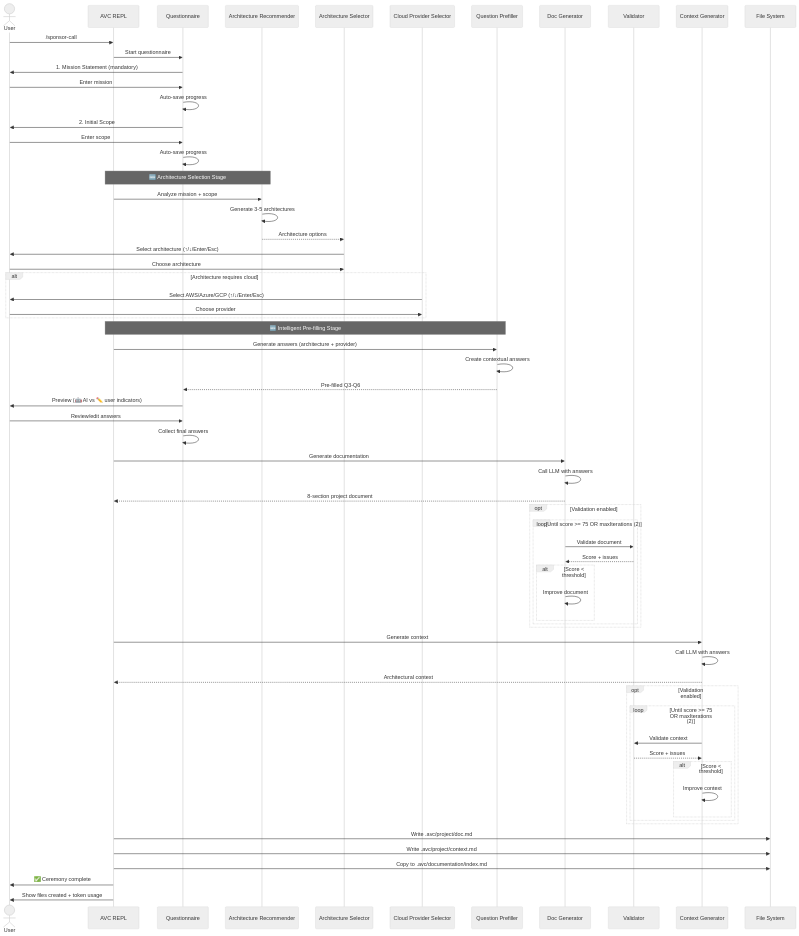
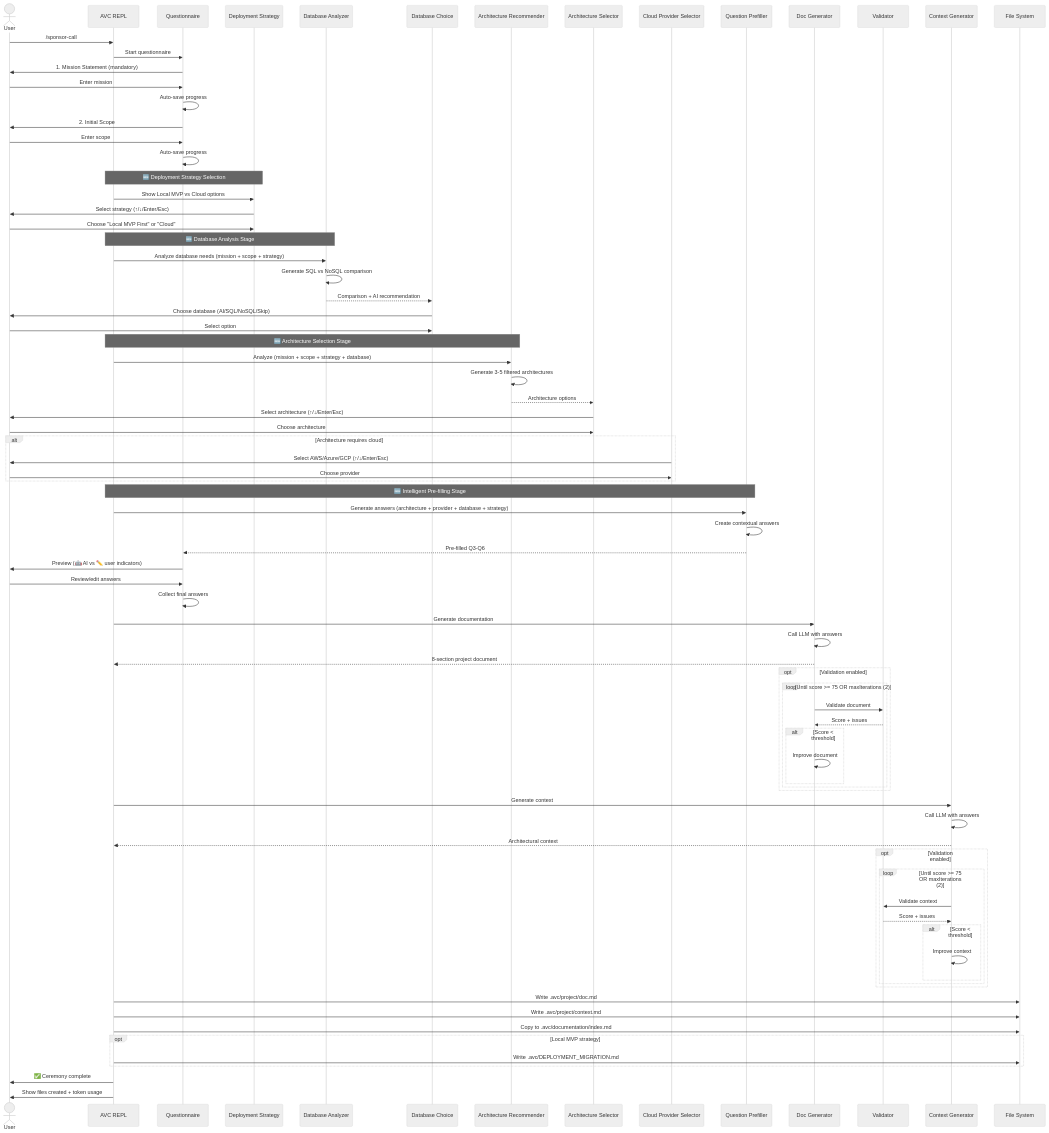
Before and after one commit to NachoColl/agilevibecoding: the diagram in ceremonies/sponsor-call.md, drawn with Mermaid (neutral theme). The commit also changed other lines of this file and 9 other files, not shown here.

First line of the commit message:
docs: update sponsor-call ceremony with deployment strategy and database analysis

````diff
--- a/ceremonies/sponsor-call.md
+++ b/ceremonies/sponsor-call.md
@@ -30,6 +30,9 @@
     actor User
     participant REPL as AVC REPL
     participant QA as Questionnaire
+    participant DepStrat as Deployment Strategy
+    participant DBAnalyzer as Database Analyzer
+    participant DBChoice as Database Choice
     participant ArchRec as Architecture Recommender
     participant ArchSel as Architecture Selector
     participant CloudSel as Cloud Provider Selector
@@ -50,9 +53,22 @@
     User->>QA: Enter scope
     QA->>QA: Auto-save progress
 
+    Note over REPL,DepStrat: 🆕 Deployment Strategy Selection
+    REPL->>DepStrat: Show Local MVP vs Cloud options
+    DepStrat->>User: Select strategy (↑/↓/Enter/Esc)
+    User->>DepStrat: Choose "Local MVP First" or "Cloud"
+
+    Note over REPL,DBAnalyzer: 🆕 Database Analysis Stage
+    REPL->>DBAnalyzer: Analyze database needs (mission + scope + strategy)
+    DBAnalyzer->>DBAnalyzer: Generate SQL vs NoSQL comparison
+    DBAnalyzer-->>DBChoice: Comparison + AI recommendation
+
+    DBChoice->>User: Choose database (AI/SQL/NoSQL/Skip)
+    User->>DBChoice: Select option
+
     Note over REPL,ArchRec: 🆕 Architecture Selection Stage
-    REPL->>ArchRec: Analyze mission + scope
-    ArchRec->>ArchRec: Generate 3-5 architectures
+    REPL->>ArchRec: Analyze (mission + scope + strategy + database)
+    ArchRec->>ArchRec: Generate 3-5 filtered architectures
     ArchRec-->>ArchSel: Architecture options
 
     ArchSel->>User: Select architecture (↑/↓/Enter/Esc)
@@ -64,7 +80,7 @@
     end
 
     Note over REPL,Prefill: 🆕 Intelligent Pre-filling Stage
-    REPL->>Prefill: Generate answers (architecture + provider)
+    REPL->>Prefill: Generate answers (architecture + provider + database + strategy)
     Prefill->>Prefill: Create contextual answers
     Prefill-->>QA: Pre-filled Q3-Q6
 
@@ -104,6 +120,10 @@
     REPL->>FS: Write .avc/project/context.md
     REPL->>FS: Copy to .avc/documentation/index.md
 
+    opt Local MVP strategy
+        REPL->>FS: Write .avc/DEPLOYMENT_MIGRATION.md
+    end
+
     REPL->>User: ✅ Ceremony complete
     REPL->>User: Show files created + token usage
 ```
````
